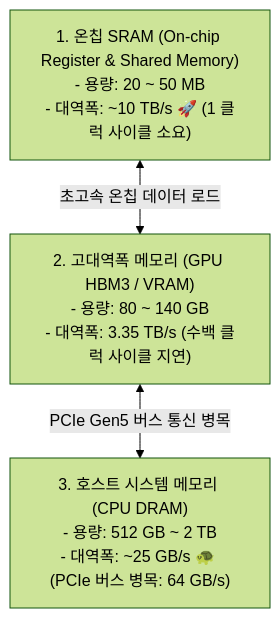
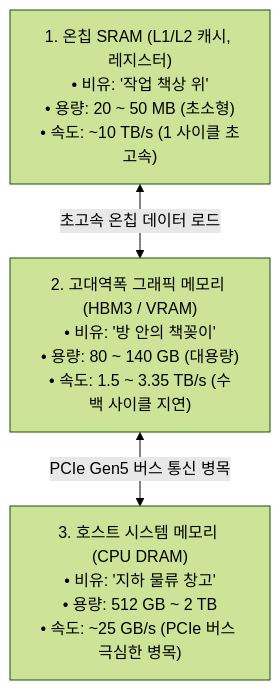
The third of 3 diagrams in chapter-qa/ch09-inference-optimization-qa/01-inference-fundamentals-and-hardware-math.md (sing-u8/AI-Engineering), drawn with Mermaid (forest theme) before and after one commit. The commit also changed other lines of this file, not shown here.

Commit message:
docs(ch09): Section 5.2 GPU 3단계 메모리 계층(SRAM vs HBM vs DRAM) 책상-책꽂이 비유 및 메모리 벽 보강

````diff
--- a/chapter-qa/ch09-inference-optimization-qa/01-inference-fundamentals-and-hardware-math.md
+++ b/chapter-qa/ch09-inference-optimization-qa/01-inference-fundamentals-and-hardware-math.md
@@ -183,9 +185,9 @@
 ```mermaid
 flowchart TD
-    SRAM["1. 온칩 SRAM (On-chip Register & Shared Memory)\n- 용량: 20 ~ 50 MB\n- 대역폭: ~10 TB/s 🚀 (1 클럭 사이클 소요)"]
-    HBM["2. 고대역폭 메모리 (GPU HBM3 / VRAM)\n- 용량: 80 ~ 140 GB\n- 대역폭: 3.35 TB/s (수백 클럭 사이클 지연)"]
-    DRAM["3. 호스트 시스템 메모리 (CPU DRAM)\n- 용량: 512 GB ~ 2 TB\n- 대역폭: ~25 GB/s 🐢 (PCIe 버스 병목: 64 GB/s)"]
+    SRAM["1. 온칩 SRAM (L1/L2 캐시, 레지스터)<br/>• 비유: '작업 책상 위'<br/>• 용량: 20 ~ 50 MB (초소형)<br/>• 속도: ~10 TB/s (1 사이클 초고속)"]
+    HBM["2. 고대역폭 그래픽 메모리 (HBM3 / VRAM)<br/>• 비유: '방 안의 책꽂이'<br/>• 용량: 80 ~ 140 GB (대용량)<br/>• 속도: 1.5 ~ 3.35 TB/s (수백 사이클 지연)"]
+    DRAM["3. 호스트 시스템 메모리 (CPU DRAM)<br/>• 비유: '지하 물류 창고'<br/>• 용량: 512 GB ~ 2 TB<br/>• 속도: ~25 GB/s (PCIe 버스 극심한 병목)"]
 
     SRAM <-->|초고속 온칩 데이터 로드| HBM
     HBM <-->|PCIe Gen5 버스 통신 병목| DRAM
 ```
````
